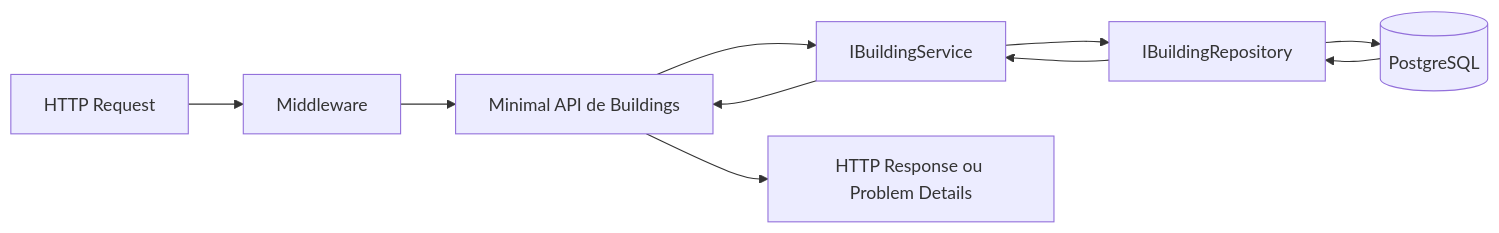
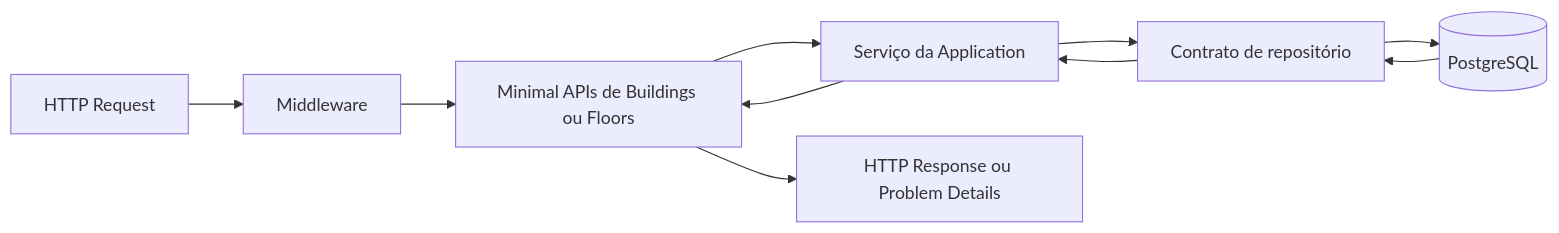
One commit to alexandrepd/smart-building-access changed the diagram in Docs/api-layer.md. Above: the diagram before and after it, drawn with Mermaid. The commit also changed other lines of this file and 28 other files, not shown here.

````diff
--- a/Docs/api-layer.md
+++ b/Docs/api-layer.md
@@ -83,12 +84,12 @@
 ```mermaid
 flowchart LR
     Request[HTTP Request] --> Middleware[Middleware]
-  Middleware --> Endpoint[Minimal API de Buildings]
-  Endpoint --> App[IBuildingService]
-  App --> Repo[IBuildingRepository]
+  Middleware --> Endpoint[Minimal APIs de Buildings ou Floors]
+  Endpoint --> App[Serviço da Application]
+  App --> Repo[Contrato de repositório]
   Repo --> PostgreSQL[(PostgreSQL)]
   PostgreSQL --> Repo
   Repo --> App
   App --> Endpoint
   Endpoint --> Response[HTTP Response ou Problem Details]
 ```
````
